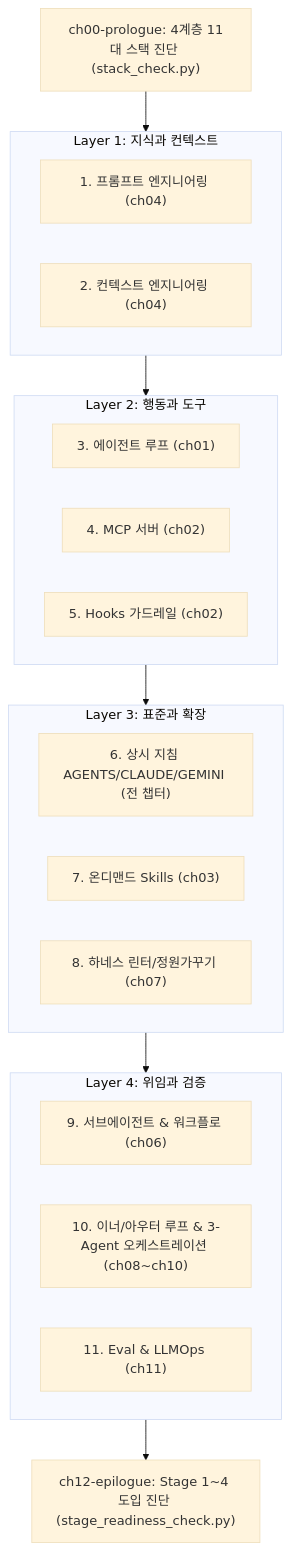
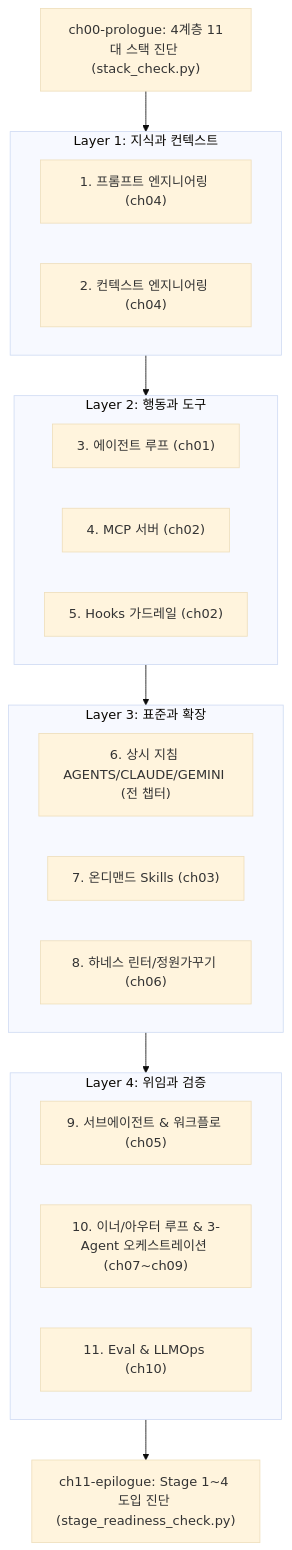
One commit to yojulab/learn_Loop_engineering changed the diagram in README.md. Above: the diagram before and after it, drawn with Mermaid (base theme). The commit also changed other lines of this file and 231 other files, not shown here.

````diff
--- a/README.md
+++ b/README.md
@@ -25,26 +25,26 @@
 ```mermaid
 flowchart TB
     L0["ch00-prologue: 4계층 11대 스택 진단 (stack_check.py)"]
     subgraph L1["Layer 1: 지식과 컨텍스트"]
         E1["1. 프롬프트 엔지니어링 (ch04)"]
         E2["2. 컨텍스트 엔지니어링 (ch04)"]
     end
     subgraph L2["Layer 2: 행동과 도구"]
         E4["3. 에이전트 루프 (ch01)"]
         E5["4. MCP 서버 (ch02)"]
         E6["5. Hooks 가드레일 (ch02)"]
     end
     subgraph L3["Layer 3: 표준과 확장"]
         E7["6. 상시 지침 AGENTS/CLAUDE/GEMINI (전 챕터)"]
         E8["7. 온디맨드 Skills (ch03)"]
-        E9["8. 하네스 린터/정원가꾸기 (ch07)"]
+        E9["8. 하네스 린터/정원가꾸기 (ch06)"]
     end
     subgraph L4["Layer 4: 위임과 검증"]
-        E10["9. 서브에이전트 & 워크플로 (ch06)"]
-        E11["10. 이너/아우터 루프 & 3-Agent 오케스트레이션 (ch08~ch10)"]
-        E12["11. Eval & LLMOps (ch11)"]
+        E10["9. 서브에이전트 & 워크플로 (ch05)"]
+        E11["10. 이너/아우터 루프 & 3-Agent 오케스트레이션 (ch07~ch09)"]
+        E12["11. Eval & LLMOps (ch10)"]
     end
-    L12["ch12-epilogue: Stage 1~4 도입 진단 (stage_readiness_check.py)"]
+    L12["ch11-epilogue: Stage 1~4 도입 진단 (stage_readiness_check.py)"]
 
     L0 --> L1 --> L2 --> L3 --> L4 --> L12
 ```
````
